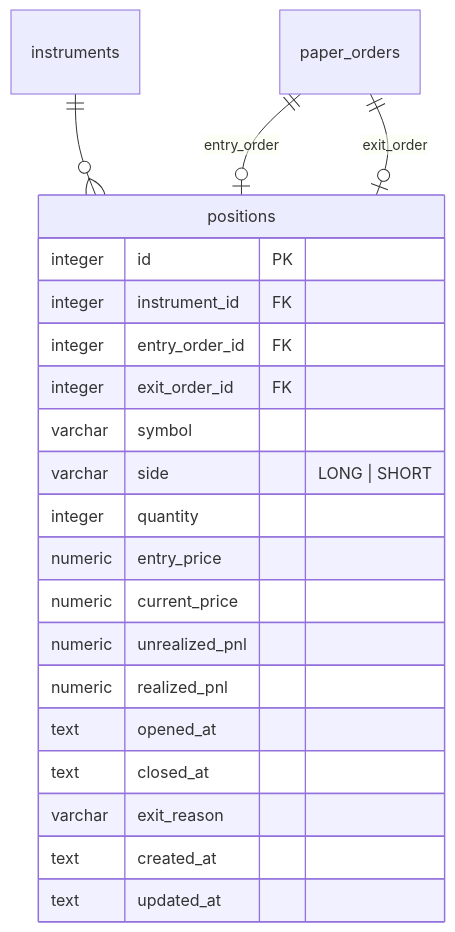
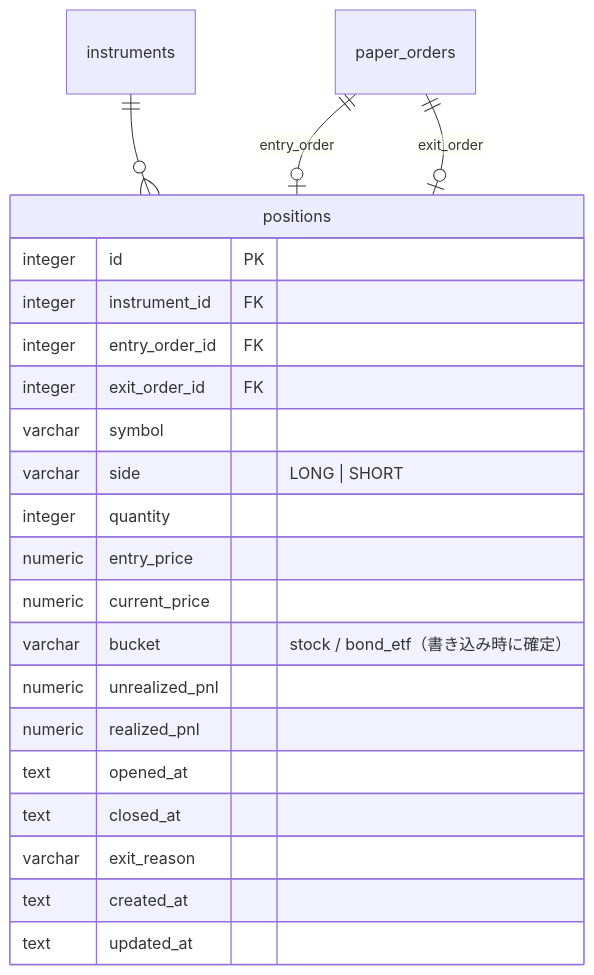
The second of 7 diagrams in docs/architecture/er/tables-trading.md (ousiassllc/pitha-trador), drawn with Mermaid before and after one commit. The commit also changed other lines of this file and 26 other files, not shown here.

````diff
--- a/docs/architecture/er/tables-trading.md
+++ b/docs/architecture/er/tables-trading.md
@@ -56,24 +58,25 @@
 ```mermaid
 erDiagram
     instruments ||--o{ positions : ""
     paper_orders ||--o| positions : "entry_order"
     paper_orders ||--o| positions : "exit_order"
     positions {
         integer id PK
         integer instrument_id FK
         integer entry_order_id FK
         integer exit_order_id FK
         varchar symbol
         varchar side "LONG | SHORT"
         integer quantity
         numeric entry_price
         numeric current_price
+        varchar bucket "stock / bond_etf（書き込み時に確定）"
         numeric unrealized_pnl
         numeric realized_pnl
         text opened_at
         text closed_at
         varchar exit_reason
         text created_at
         text updated_at
     }
 ```
````
